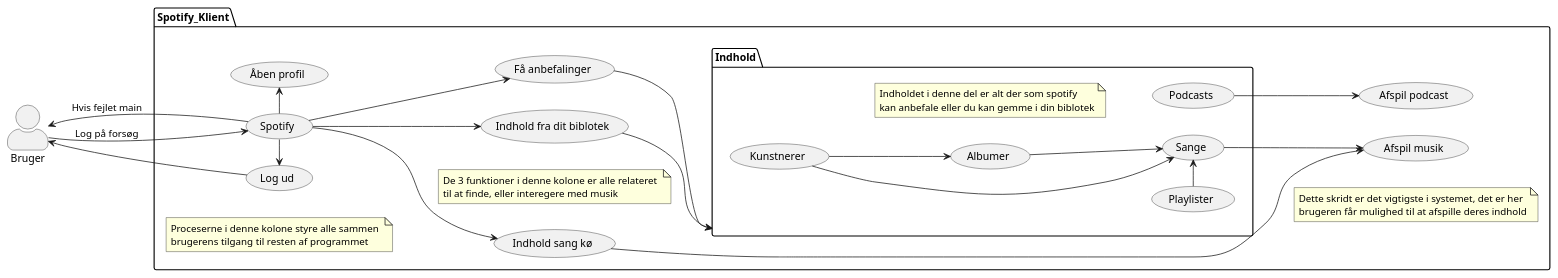
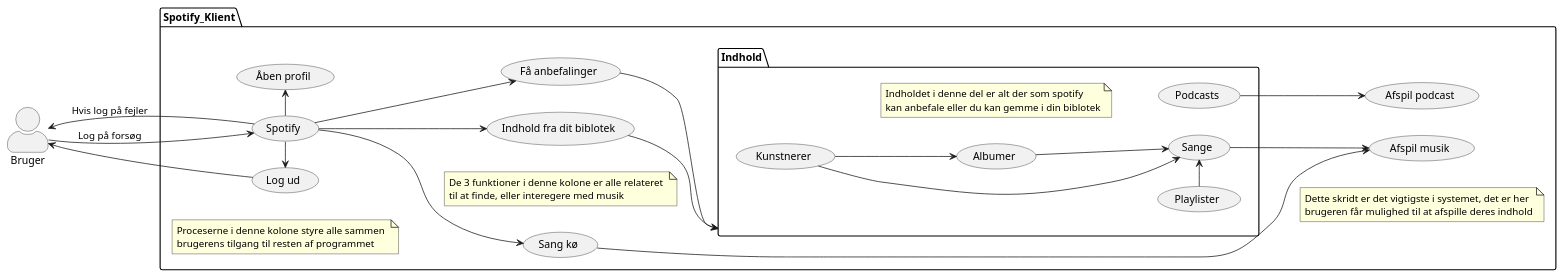
The diagram in usecases.puml (ViliusIvanovas/SO6), drawn with PlantUML before and after one commit.

Commit message:
Slightly moved a few items

```diff
--- a/usecases.puml
+++ b/usecases.puml
@@ -1,81 +1,81 @@
 @startuml usecases
 
 set separator ::
 
 skinparam actorStyle awesome
 
 left to right direction
 
 actor Bruger as bruger
 
 package Spotify_Klient {
     usecase "Spotify" as main
 
     usecase "Afspil musik" as afspil
     usecase "Afspil podcast" as afspilPodcast
 
     note "Dette skridt er det vigtigste i systemet, det er her \nbrugeren får mulighed til at afspille deres indhold" as n4
 
     usecase "Få anbefalinger" as anbefal
 
     usecase "Indhold fra dit biblotek" as biblotek
 
     note "De 3 funktioner i denne kolone er alle relateret \ntil at finde, eller interegere med musik" as n2
 
     package Indhold as indhold {
         usecase "Sange" as sang
         usecase "Albumer" as album
         usecase "Kunstnerer" as kunstner
         usecase "Playlister" as playliste
         usecase "Podcasts" as podcast
 
         note "Indholdet i denne del er alt der som spotify \nkan anbefale eller du kan gemme i din biblotek" as n1
     }
 
-    usecase "Indhold sang kø" as kø
+    usecase "Sang kø" as kø
 
     usecase "Log ud" as logud
     usecase "Åben profil" as profil
 
     note "Proceserne i denne kolone styre alle sammen \nbrugerens tilgang til resten af programmet" as n3
 }
 
-main -up-> bruger : Hvis fejlet main
+main -up-> bruger : Hvis log på fejler
 bruger --> main : Log på forsøg
 main --> kø
 
 main --> biblotek
 biblotek -down-> indhold
 
 album --> sang
 kunstner -down-> album
 kunstner -down-> sang
 playliste -right-> sang
 
 sang -down-> afspil
 kø --> afspil
 
 podcast -down-> afspilPodcast
 
 main --> anbefal
 anbefal -down-> indhold
 
 main -left-> logud
 main -right-> profil
 
 logud --> bruger
 
 afspil -[hidden] afspilPodcast
 album -[hidden]-> podcast
 
 kunstner -[hidden]-> n1
 n1 -[hidden]-> podcast
 
 kø -[hidden] n2
 n2 -[hidden] biblotek
 
 n3 -[hidden] profil
 
 n4 -[hidden] afspilPodcast
 
 @enduml
```
